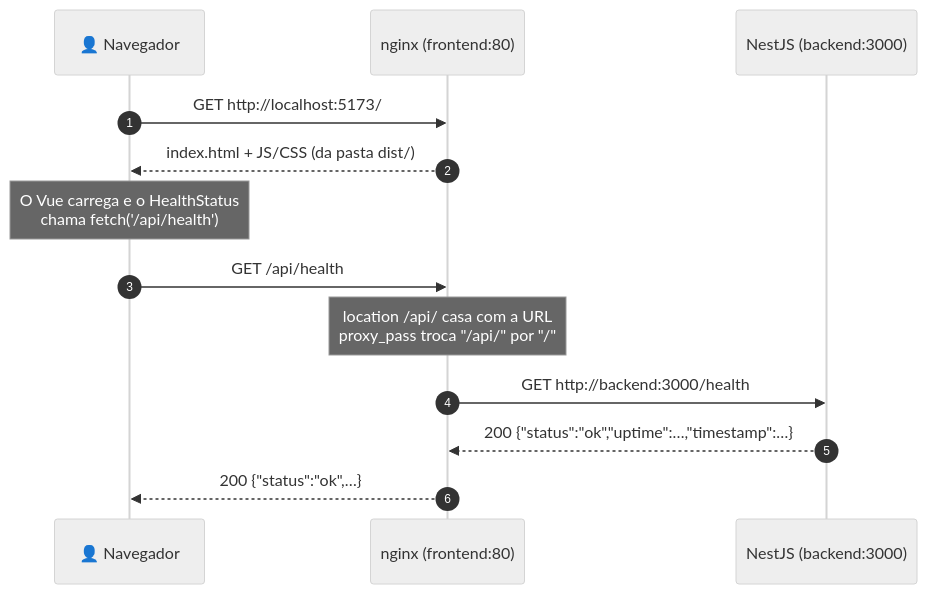
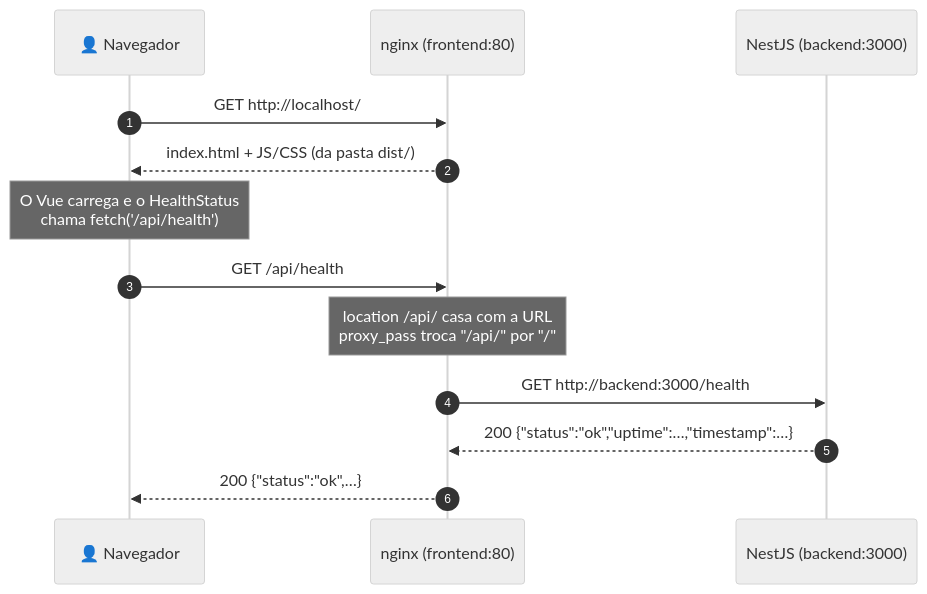
Before and after one commit to ThiagoMarzari/laboratorio-producao-web: the second of 7 diagrams in README.md, drawn with Mermaid (neutral theme). The commit also changed other lines of this file and 11 other files, not shown here.

````diff
--- a/README.md
+++ b/README.md
@@ -105,18 +105,18 @@
 ```mermaid
 sequenceDiagram
     autonumber
     participant B as 👤 Navegador
     participant N as nginx (frontend:80)
     participant A as NestJS (backend:3000)
 
-    B->>N: GET http://localhost:5173/
+    B->>N: GET http://localhost/
     N-->>B: index.html + JS/CSS (da pasta dist/)
 
     Note over B: O Vue carrega e o HealthStatus<br/>chama fetch('/api/health')
 
     B->>N: GET /api/health
     Note over N: location /api/ casa com a URL<br/>proxy_pass troca "/api/" por "/"
     N->>A: GET http://backend:3000/health
     A-->>N: 200 {"status":"ok","uptime":…,"timestamp":…}
     N-->>B: 200 {"status":"ok",…}
 ```
````
